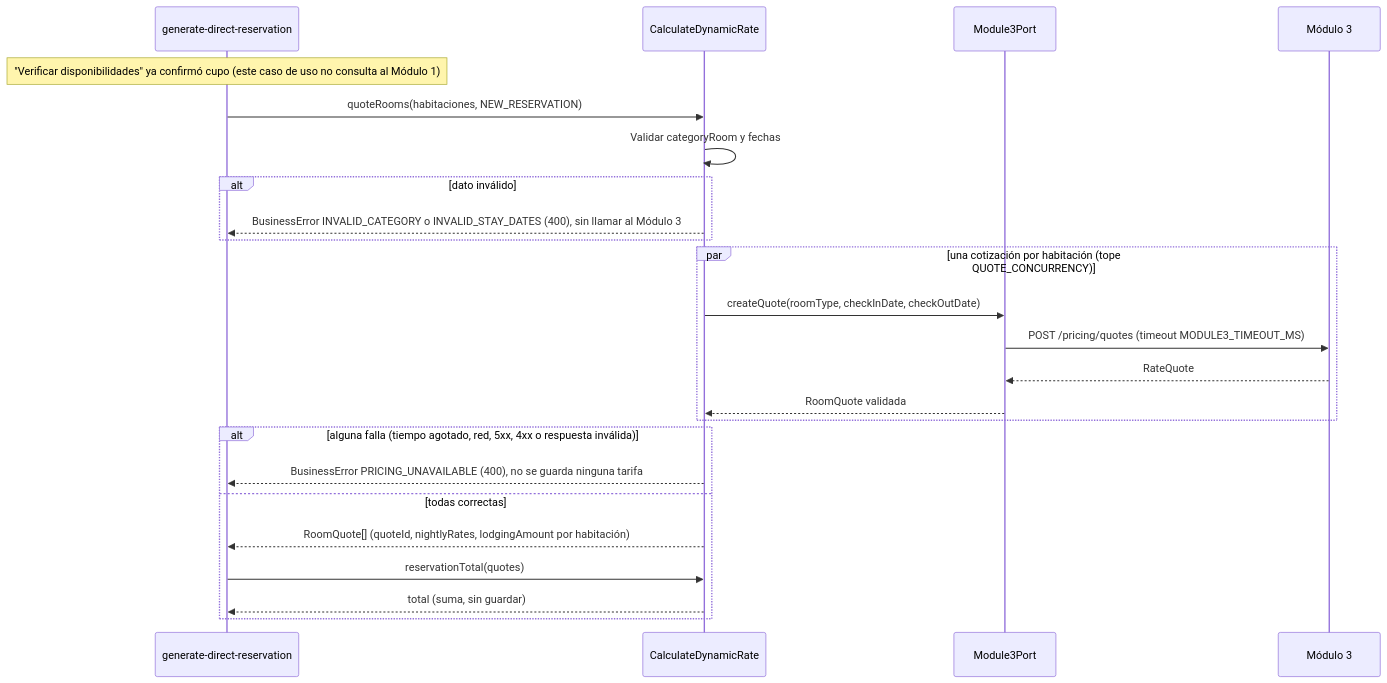
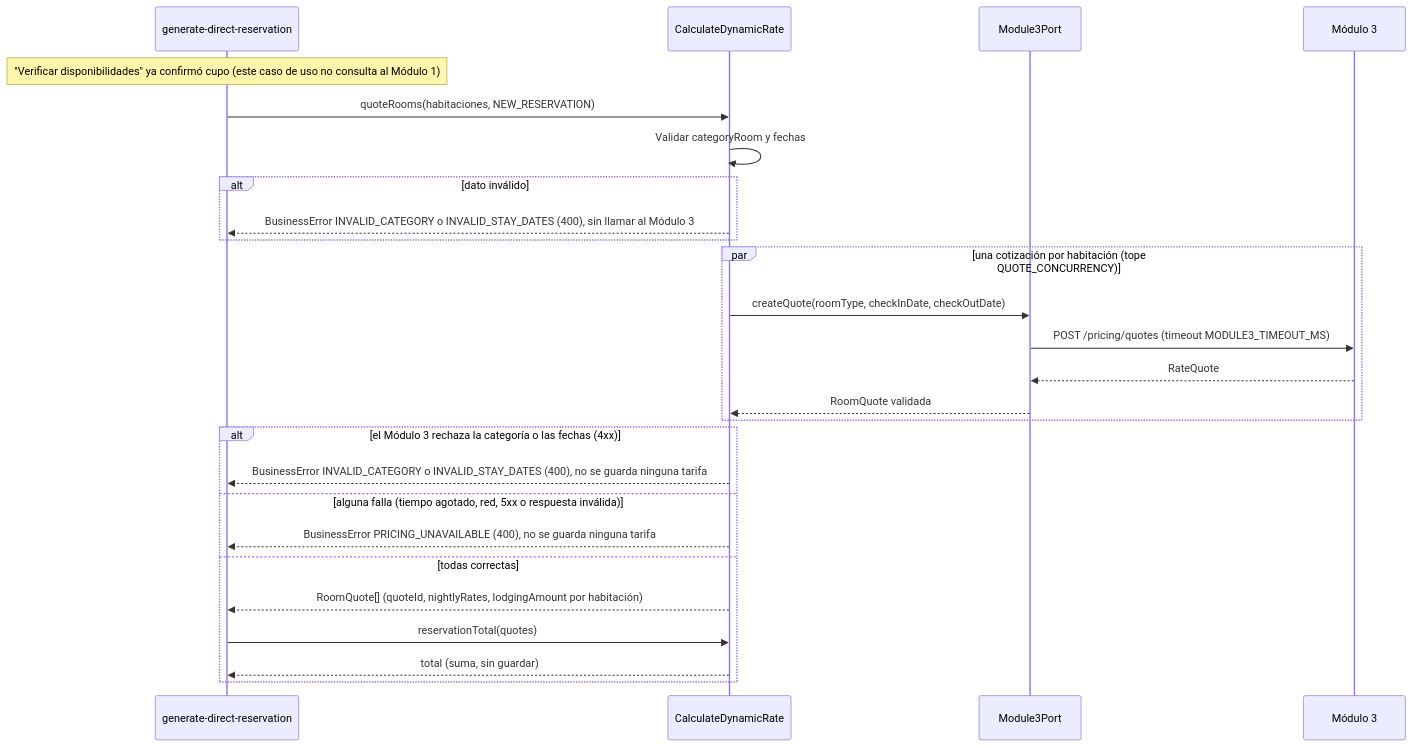
Before and after one commit to Lapicero312-lapi/HOSPITUA-MOD-2: the first of 4 diagrams in specs/calculate-dynamic-rate/plan.md, drawn with Mermaid. The commit also changed other lines of this file and 14 other files, not shown here.

````diff
--- a/specs/calculate-dynamic-rate/plan.md
+++ b/specs/calculate-dynamic-rate/plan.md
@@ -210,27 +214,29 @@
 ```mermaid
 sequenceDiagram
     participant G as generate-direct-reservation
     participant C as CalculateDynamicRate
     participant P as Module3Port
     participant M3 as Módulo 3
 
     Note over G: "Verificar disponibilidades" ya confirmó cupo (este caso de uso no consulta al Módulo 1)
     G->>C: quoteRooms(habitaciones, NEW_RESERVATION)
     C->>C: Validar categoryRoom y fechas
     alt dato inválido
         C-->>G: BusinessError INVALID_CATEGORY o INVALID_STAY_DATES (400), sin llamar al Módulo 3
     end
     par una cotización por habitación (tope QUOTE_CONCURRENCY)
         C->>P: createQuote(roomType, checkInDate, checkOutDate)
         P->>M3: POST /pricing/quotes (timeout MODULE3_TIMEOUT_MS)
         M3-->>P: RateQuote
         P-->>C: RoomQuote validada
     end
-    alt alguna falla (tiempo agotado, red, 5xx, 4xx o respuesta inválida)
+    alt el Módulo 3 rechaza la categoría o las fechas (4xx)
+        C-->>G: BusinessError INVALID_CATEGORY o INVALID_STAY_DATES (400), no se guarda ninguna tarifa
+    else alguna falla (tiempo agotado, red, 5xx o respuesta inválida)
         C-->>G: BusinessError PRICING_UNAVAILABLE (400), no se guarda ninguna tarifa
     else todas correctas
         C-->>G: RoomQuote[] (quoteId, nightlyRates, lodgingAmount por habitación)
         G->>C: reservationTotal(quotes)
         C-->>G: total (suma, sin guardar)
     end
 ```
````
